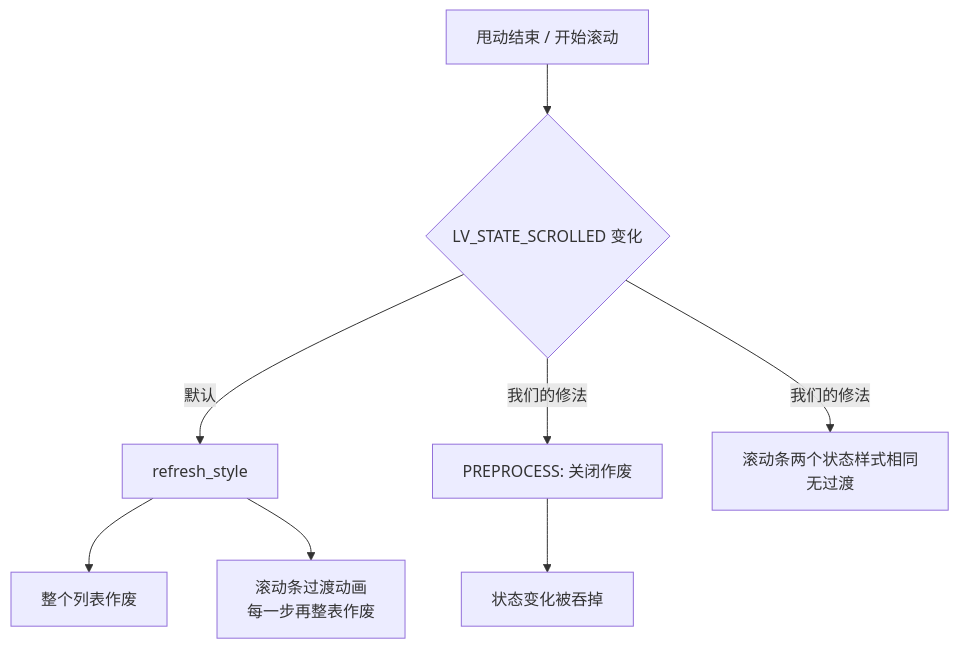
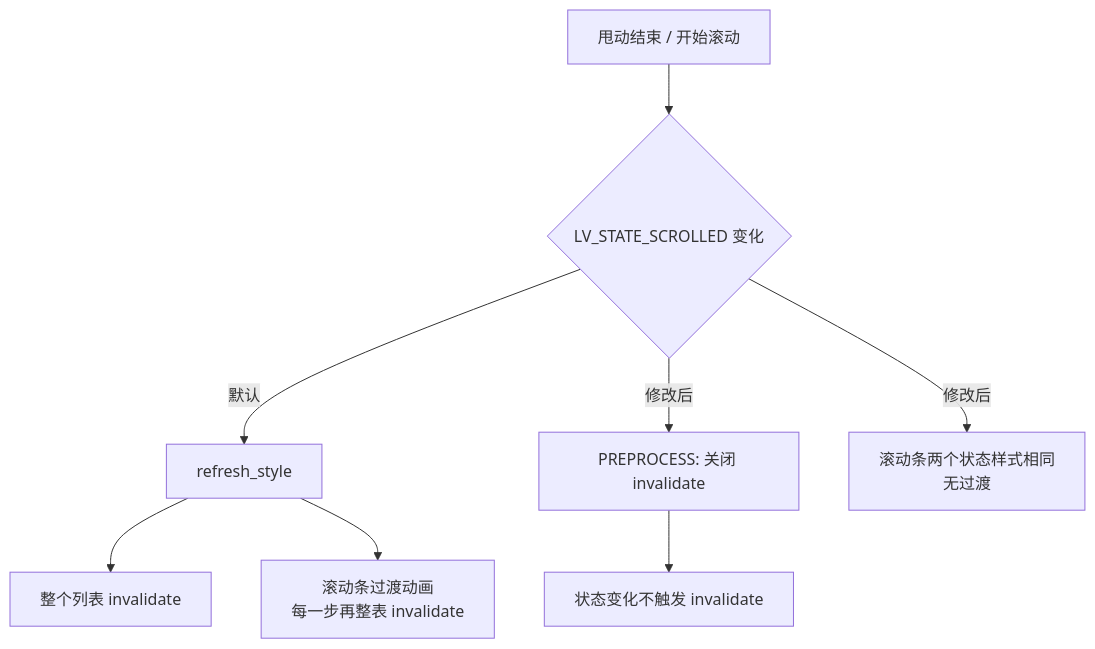
The sixth of 6 diagrams in source/_posts/2026-10-14-lvgl-fast-scroll.md (YuzukiTsuru/YuzukiTsuru.GitHub.io), drawn with Mermaid before and after one commit. The commit also changed other lines of this file and 2 other files, not shown here.

````diff
--- a/source/_posts/2026-10-14-lvgl-fast-scroll.md
+++ b/source/_posts/2026-10-14-lvgl-fast-scroll.md
@@ -725,10 +736,10 @@
 ```mermaid
 flowchart TD
     A["甩动结束 / 开始滚动"] --> B{"LV_STATE_SCROLLED 变化"}
     B -->|默认| C[refresh_style]
-    C --> D[整个列表作废]
-    C --> E["滚动条过渡动画<br/>每一步再整表作废"]
-    B -->|"我们的修法"| F["PREPROCESS: 关闭作废"]
-    F --> G[状态变化被吞掉]
-    B -->|"我们的修法"| H["滚动条两个状态样式相同<br/>无过渡"]
+    C --> D[整个列表 invalidate]
+    C --> E["滚动条过渡动画<br/>每一步再整表 invalidate"]
+    B -->|"修改后"| F["PREPROCESS: 关闭 invalidate"]
+    F --> G[状态变化不触发 invalidate]
+    B -->|"修改后"| H["滚动条两个状态样式相同<br/>无过渡"]
 ```
````
